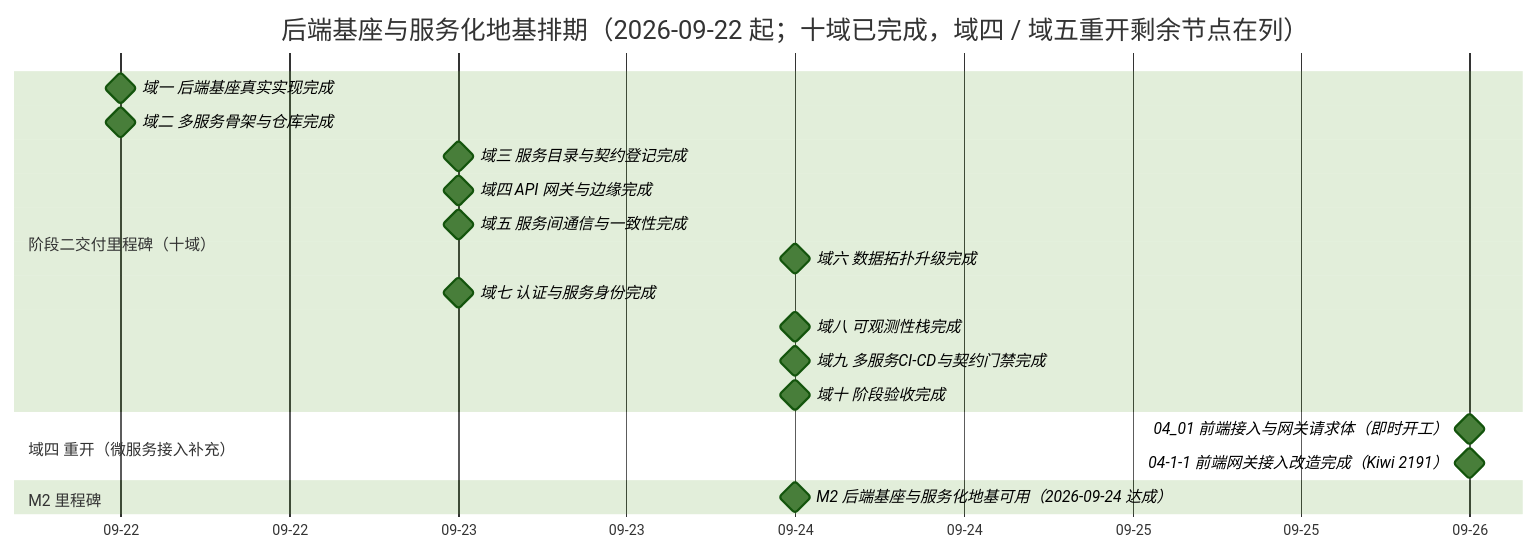
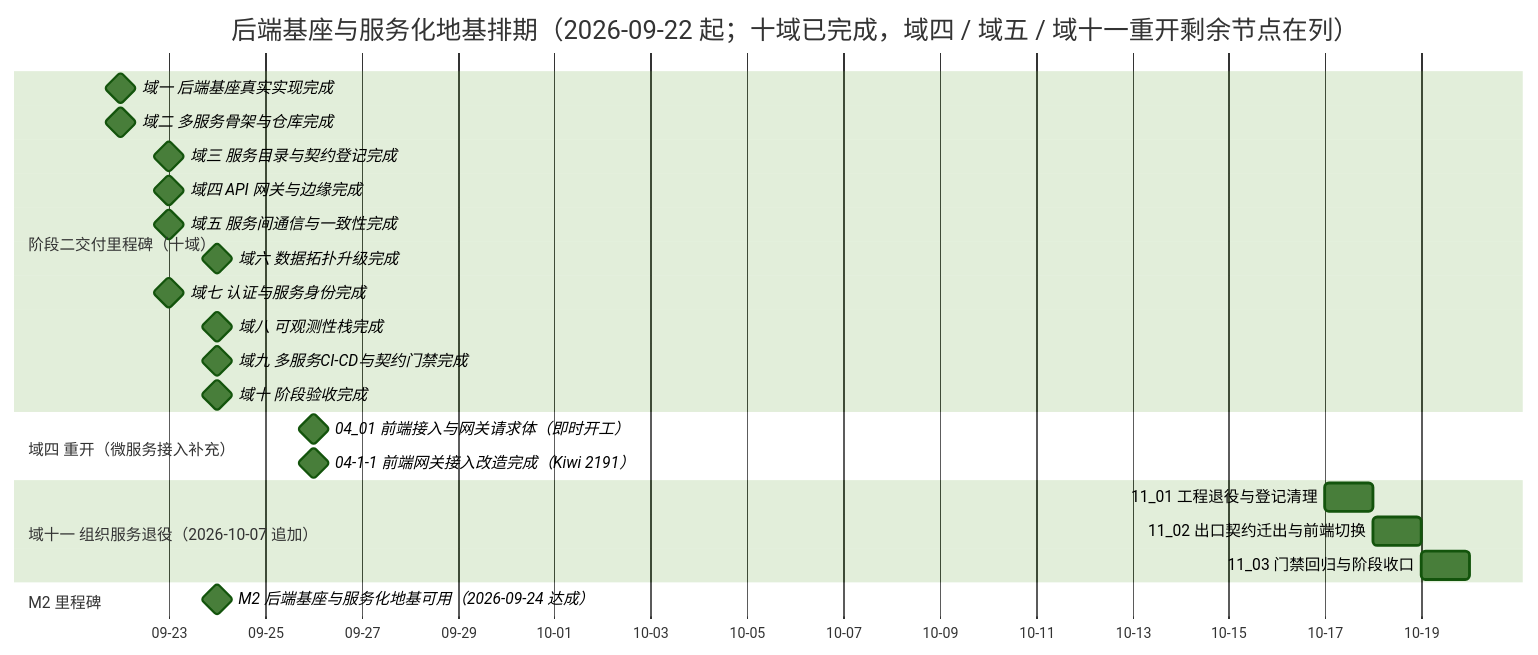
The diagram in bms文档/项目/02_后端基座与服务化地基/计划/01_计划_后端基座与服务化地基.md (minjian123/basic-management-system), drawn with Mermaid (forest theme) before and after one commit. The commit also changed other lines of this file and 6 other files, not shown here.

````diff
--- a/bms文档/项目/02_后端基座与服务化地基/计划/01_计划_后端基座与服务化地基.md
+++ b/bms文档/项目/02_后端基座与服务化地基/计划/01_计划_后端基座与服务化地基.md
@@ -63,22 +67,26 @@
 ```mermaid
 gantt
-    title 后端基座与服务化地基排期（2026-09-22 起；十域已完成，域四 / 域五重开剩余节点在列）
+    title 后端基座与服务化地基排期（2026-09-22 起；十域已完成，域四 / 域五 / 域十一重开剩余节点在列）
     dateFormat  YYYY-MM-DD
     axisFormat %m-%d
     section 阶段二交付里程碑（十域）
     域一 后端基座真实实现完成 :milestone, m01, 2026-09-22, 0d
     域二 多服务骨架与仓库完成 :milestone, m02, 2026-09-22, 0d
     域三 服务目录与契约登记完成 :milestone, m03, 2026-09-23, 0d
     域四 API 网关与边缘完成 :milestone, m04, 2026-09-23, 0d
     域五 服务间通信与一致性完成 :milestone, m05, 2026-09-23, 0d
     域六 数据拓扑升级完成 :milestone, m06, 2026-09-24, 0d
     域七 认证与服务身份完成 :milestone, m07, 2026-09-23, 0d
     域八 可观测性栈完成 :milestone, m08, 2026-09-24, 0d
     域九 多服务CI-CD与契约门禁完成 :milestone, m09, 2026-09-24, 0d
     域十 阶段验收完成 :milestone, m10, 2026-09-24, 0d
     section 域四 重开（微服务接入补充）
     04_01 前端接入与网关请求体（即时开工） :milestone, m0401x, 2026-09-26, 0d
     04-1-1 前端网关接入改造完成（Kiwi 2191） :milestone, m0401a, 2026-09-26, 0d
+    section 域十一 组织服务退役（2026-10-07 追加）
+    11_01 工程退役与登记清理 :m1101, 2026-10-17, 1d
+    11_02 出口契约迁出与前端切换 :m1102, 2026-10-18, 1d
+    11_03 门禁回归与阶段收口 :m1103, 2026-10-19, 1d
     section M2 里程碑
     M2 后端基座与服务化地基可用（2026-09-24 达成） :milestone, mm2, 2026-09-24, 0d
 ```
````
